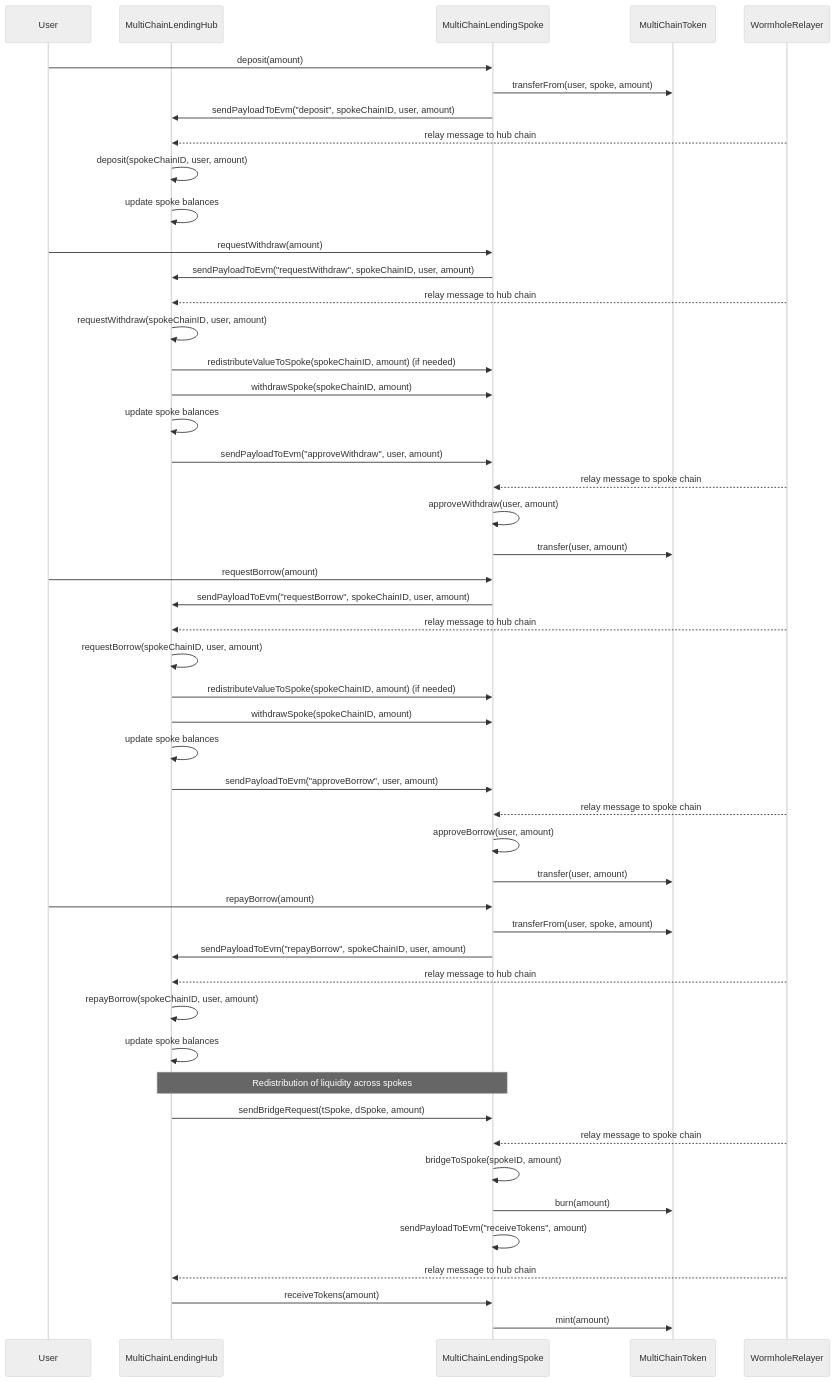
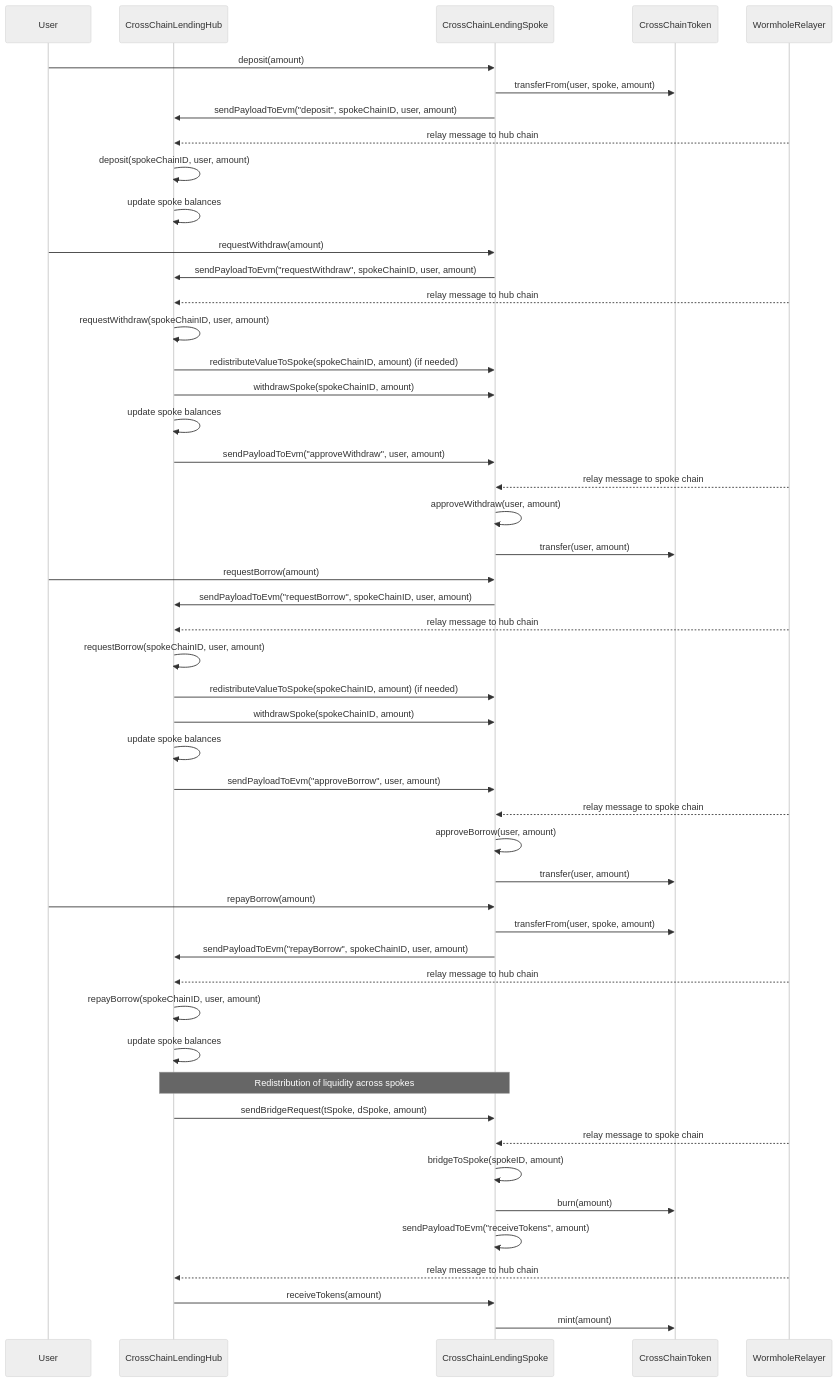
The diagram in README.md (kamalbuilds/CrossChainNTTDefi), drawn with Mermaid (neutral theme) before and after one commit. The commit also changed other lines of this file, not shown here.

````diff
--- a/README.md
+++ b/README.md
@@ -119,56 +119,56 @@
 ```mermaid
 sequenceDiagram
     participant User
-    participant Hub as MultiChainLendingHub
-    participant Spoke as MultiChainLendingSpoke
-    participant Token as MultiChainToken
+    participant Hub as CrossChainLendingHub
+    participant Spoke as CrossChainLendingSpoke
+    participant Token as CrossChainToken
     participant Relayer as WormholeRelayer
 
     User ->> Spoke: deposit(amount)
     Spoke ->> Token: transferFrom(user, spoke, amount)
     Spoke ->> Hub: sendPayloadToEvm("deposit", spokeChainID, user, amount)
     Relayer -->> Hub: relay message to hub chain
     Hub ->> Hub: deposit(spokeChainID, user, amount)
     Hub ->> Hub: update spoke balances
 
     User ->> Spoke: requestWithdraw(amount)
     Spoke ->> Hub: sendPayloadToEvm("requestWithdraw", spokeChainID, user, amount)
     Relayer -->> Hub: relay message to hub chain
     Hub ->> Hub: requestWithdraw(spokeChainID, user, amount)
     Hub ->> Spoke: redistributeValueToSpoke(spokeChainID, amount) (if needed)
     Hub ->> Spoke: withdrawSpoke(spokeChainID, amount)
     Hub ->> Hub: update spoke balances
     Hub ->> Spoke: sendPayloadToEvm("approveWithdraw", user, amount)
     Relayer -->> Spoke: relay message to spoke chain
     Spoke ->> Spoke: approveWithdraw(user, amount)
     Spoke ->> Token: transfer(user, amount)
 
     User ->> Spoke: requestBorrow(amount)
     Spoke ->> Hub: sendPayloadToEvm("requestBorrow", spokeChainID, user, amount)
     Relayer -->> Hub: relay message to hub chain
     Hub ->> Hub: requestBorrow(spokeChainID, user, amount)
     Hub ->> Spoke: redistributeValueToSpoke(spokeChainID, amount) (if needed)
     Hub ->> Spoke: withdrawSpoke(spokeChainID, amount)
     Hub ->> Hub: update spoke balances
     Hub ->> Spoke: sendPayloadToEvm("approveBorrow", user, amount)
     Relayer -->> Spoke: relay message to spoke chain
     Spoke ->> Spoke: approveBorrow(user, amount)
     Spoke ->> Token: transfer(user, amount)
 
     User ->> Spoke: repayBorrow(amount)
     Spoke ->> Token: transferFrom(user, spoke, amount)
     Spoke ->> Hub: sendPayloadToEvm("repayBorrow", spokeChainID, user, amount)
     Relayer -->> Hub: relay message to hub chain
     Hub ->> Hub: repayBorrow(spokeChainID, user, amount)
     Hub ->> Hub: update spoke balances
 
     Note over Hub, Spoke: Redistribution of liquidity across spokes
     Hub ->> Spoke: sendBridgeRequest(tSpoke, dSpoke, amount)
     Relayer -->> Spoke: relay message to spoke chain
     Spoke ->> Spoke: bridgeToSpoke(spokeID, amount)
     Spoke ->> Token: burn(amount)
     Spoke ->> Spoke: sendPayloadToEvm("receiveTokens", amount)
     Relayer -->> Hub: relay message to hub chain
     Hub ->> Spoke: receiveTokens(amount)
     Spoke ->> Token: mint(amount)
 ```
````
